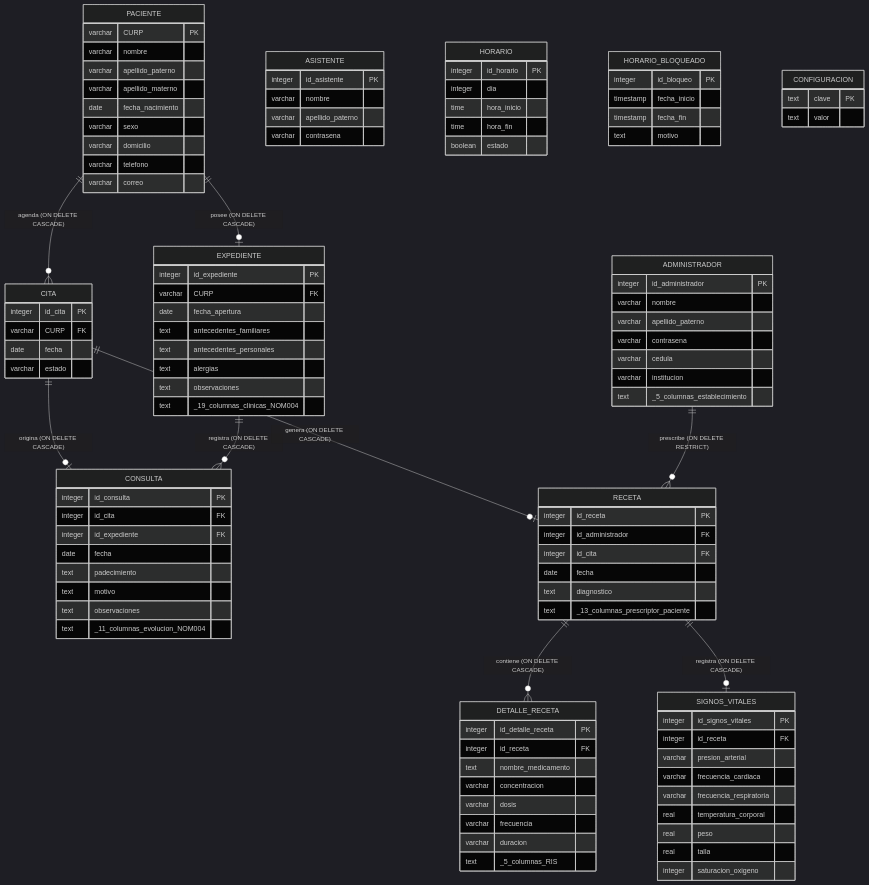
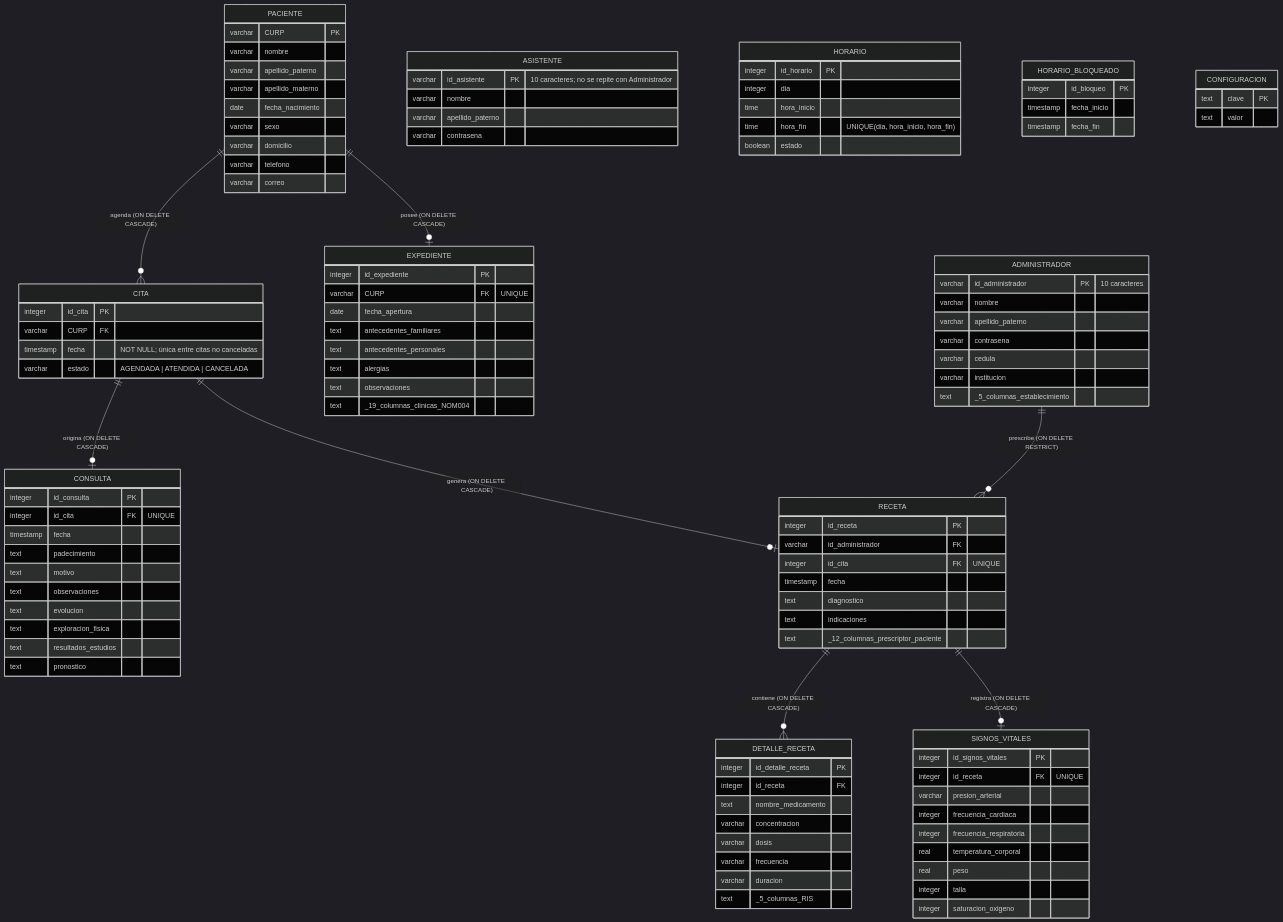
One commit to Coliiin1/GestorCitasMedicas changed the third of 4 diagrams in arquitectura.md. Above: the diagram before and after it, drawn with Mermaid (dark theme). The commit also changed other lines of this file and 37 other files, not shown here.

```diff
--- a/arquitectura.md
+++ b/arquitectura.md
@@ -239,7 +239,6 @@
     PACIENTE ||--o{ CITA : "agenda (ON DELETE CASCADE)"
     PACIENTE ||--o| EXPEDIENTE : "posee (ON DELETE CASCADE)"
     CITA ||--o| CONSULTA : "origina (ON DELETE CASCADE)"
-    EXPEDIENTE ||--o{ CONSULTA : "registra (ON DELETE CASCADE)"
     CITA ||--o| RECETA : "genera (ON DELETE CASCADE)"
     ADMINISTRADOR ||--o{ RECETA : "prescribe (ON DELETE RESTRICT)"
     RECETA ||--o{ DETALLE_RECETA : "contiene (ON DELETE CASCADE)"
@@ -260,13 +259,13 @@
     CITA {
         integer id_cita PK
         varchar CURP FK
-        date fecha
-        varchar estado
+        timestamp fecha "NOT NULL; única entre citas no canceladas"
+        varchar estado "AGENDADA | ATENDIDA | CANCELADA"
     }
 
     EXPEDIENTE {
         integer id_expediente PK
-        varchar CURP FK
+        varchar CURP FK "UNIQUE"
         date fecha_apertura
         text antecedentes_familiares
         text antecedentes_personales
@@ -277,22 +276,25 @@
 
     CONSULTA {
         integer id_consulta PK
-        integer id_cita FK
-        integer id_expediente FK
-        date fecha
+        integer id_cita FK "UNIQUE"
+        timestamp fecha
         text padecimiento
         text motivo
         text observaciones
-        text _11_columnas_evolucion_NOM004
+        text evolucion
+        text exploracion_fisica
+        text resultados_estudios
+        text pronostico
     }
 
     RECETA {
         integer id_receta PK
-        integer id_administrador FK
-        integer id_cita FK
-        date fecha
+        varchar id_administrador FK
+        integer id_cita FK "UNIQUE"
+        timestamp fecha
         text diagnostico
-        text _13_columnas_prescriptor_paciente
+        text indicaciones
+        text _12_columnas_prescriptor_paciente
     }
 
     DETALLE_RECETA {
@@ -308,18 +310,18 @@
 
     SIGNOS_VITALES {
         integer id_signos_vitales PK
-        integer id_receta FK
+        integer id_receta FK "UNIQUE"
         varchar presion_arterial
-        varchar frecuencia_cardiaca
-        varchar frecuencia_respiratoria
+        integer frecuencia_cardiaca
+        integer frecuencia_respiratoria
         real temperatura_corporal
         real peso
-        real talla
+        integer talla
         integer saturacion_oxigeno
     }
 
     ADMINISTRADOR {
-        integer id_administrador PK
+        varchar id_administrador PK "10 caracteres"
         varchar nombre
         varchar apellido_paterno
         varchar contrasena
@@ -329,7 +331,7 @@
     }
 
     ASISTENTE {
-        integer id_asistente PK
+        varchar id_asistente PK "10 caracteres; no se repite con Administrador"
         varchar nombre
         varchar apellido_paterno
         varchar contrasena
@@ -339,7 +341,7 @@
         integer id_horario PK
         integer dia
         time hora_inicio
-        time hora_fin
+        time hora_fin "UNIQUE(dia, hora_inicio, hora_fin)"
         boolean estado
     }
 
@@ -347,7 +349,6 @@
         integer id_bloqueo PK
         timestamp fecha_inicio
         timestamp fecha_fin
-        text motivo
     }
 
     CONFIGURACION {
```
